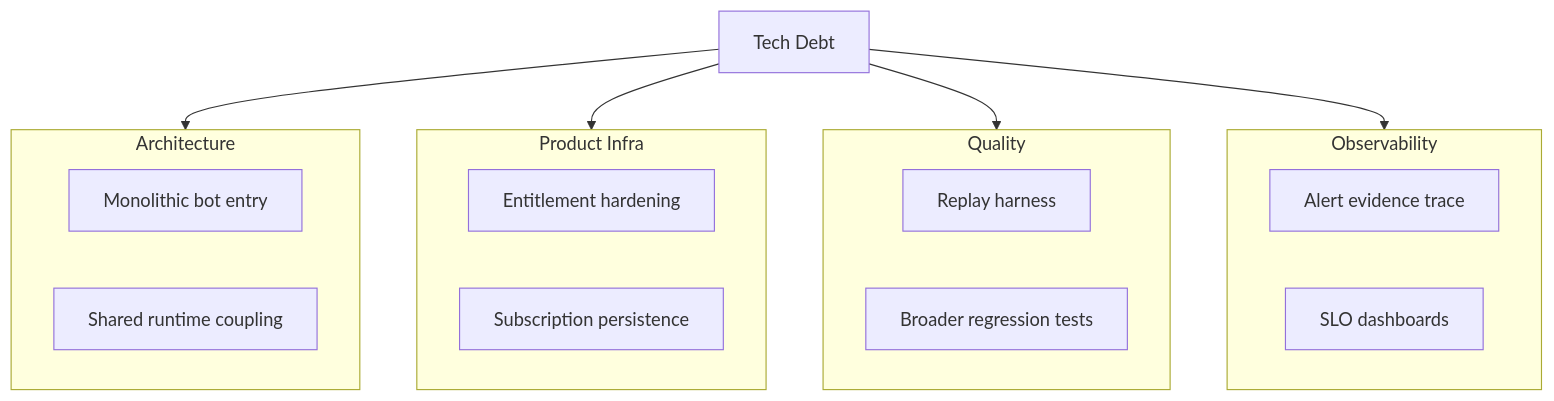
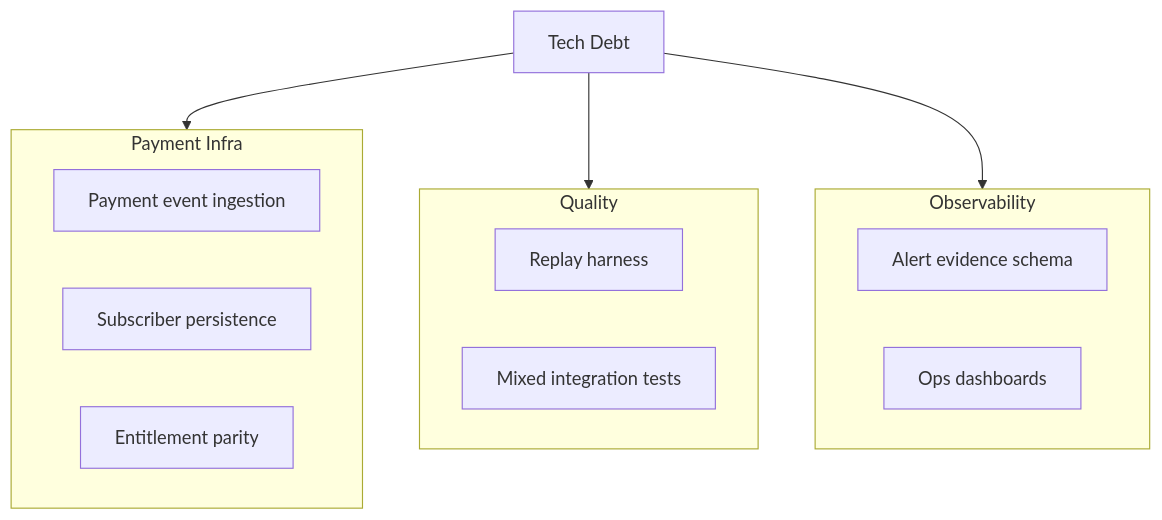
Before and after one commit to ivanmladek/PolyWeather: the diagram in docs/TECH_DEBT.md, drawn with Mermaid. The commit also changed other lines of this file and 7 other files, not shown here.

````diff
--- a/docs/TECH_DEBT.md
+++ b/docs/TECH_DEBT.md
@@ -9,29 +11,24 @@
 ```mermaid
 flowchart TD
     A["Tech Debt"]
 
-    subgraph AR["Architecture"]
-        AR1["Monolithic bot entry"]
-        AR2["Shared runtime coupling"]
-    end
-
-    subgraph PI["Product Infra"]
-        PI1["Entitlement hardening"]
-        PI2["Subscription persistence"]
+    subgraph PI["Payment Infra"]
+        PI1["Payment event ingestion"]
+        PI2["Subscriber persistence"]
+        PI3["Entitlement parity"]
     end
 
     subgraph Q["Quality"]
         Q1["Replay harness"]
-        Q2["Broader regression tests"]
+        Q2["Mixed integration tests"]
     end
 
     subgraph O["Observability"]
-        O1["Alert evidence trace"]
-        O2["SLO dashboards"]
+        O1["Alert evidence schema"]
+        O2["Ops dashboards"]
     end
 
-    A --> AR
     A --> PI
     A --> Q
     A --> O
 ```
````
